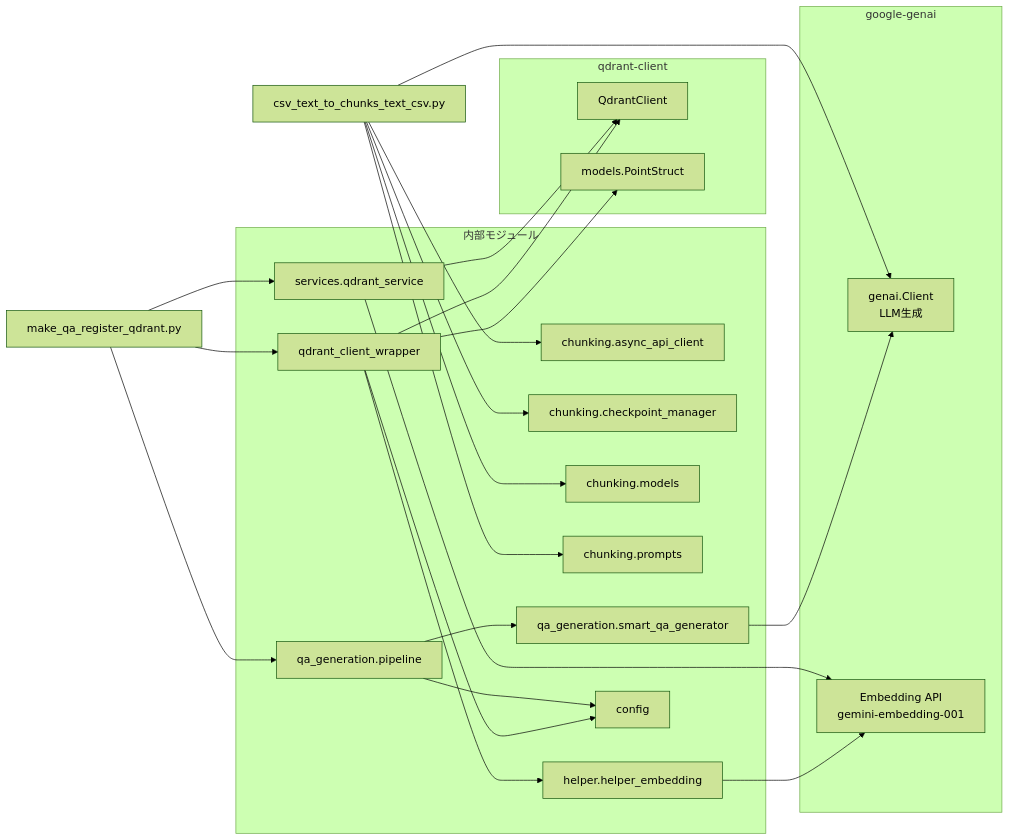
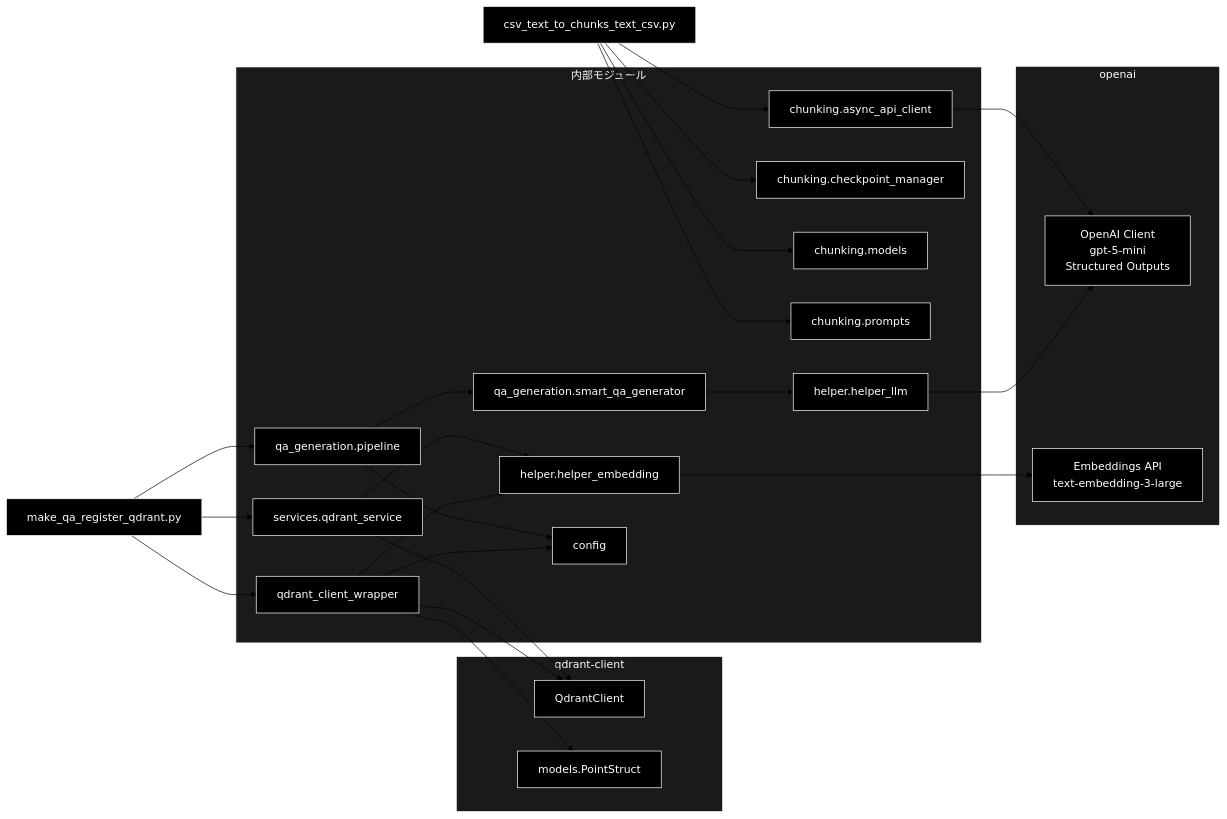
One commit to nakashima2toshio/openai_grace_agent changed the fifth of 5 diagrams in readme_rag.md. Above: the diagram before and after it, drawn with Mermaid (forest theme). The commit also changed other lines of this file and 4 other files, not shown here.

````diff
--- a/readme_rag.md
+++ b/readme_rag.md
@@ -1265,48 +1386,54 @@
 ```mermaid
 flowchart LR
     CHUNK["csv_text_to_chunks_text_csv.py"]
     MAKE_QA["make_qa_register_qdrant.py"]
 
-    subgraph GOOGLE["google-genai"]
-        GENAI_LLM[genai.Client<br/>LLM生成]
-        GENAI_EMB[Embedding API<br/>gemini-embedding-001]
+    subgraph OPENAI_LIB["openai"]
+        OPENAI_LLM["OpenAI Client<br/>gpt-5-mini<br/>Structured Outputs"]
+        OPENAI_EMB["Embeddings API<br/>text-embedding-3-large"]
     end
 
     subgraph QDRANT_LIB["qdrant-client"]
-        QC[QdrantClient]
-        QM[models.PointStruct]
+        QC["QdrantClient"]
+        QM["models.PointStruct"]
     end
 
     subgraph INTERNAL["内部モジュール"]
-        ASYNC_CLI[chunking.async_api_client]
-        CHECKPOINT[chunking.checkpoint_manager]
-        MODELS[chunking.models]
-        PROMPTS[chunking.prompts]
-        PIPELINE[qa_generation.pipeline]
-        SMART_QA[qa_generation.smart_qa_generator]
-        QDRANT_SVC[services.qdrant_service]
-        QDRANT_WRAP[qdrant_client_wrapper]
-        HELPER_EMB[helper.helper_embedding]
-        CONFIG[config]
+        ASYNC_CLI["chunking.async_api_client"]
+        CHECKPOINT["chunking.checkpoint_manager"]
+        MODELS["chunking.models"]
+        PROMPTS["chunking.prompts"]
+        PIPELINE["qa_generation.pipeline"]
+        SMART_QA["qa_generation.smart_qa_generator"]
+        QDRANT_SVC["services.qdrant_service"]
+        QDRANT_WRAP["qdrant_client_wrapper"]
+        HELPER_EMB["helper.helper_embedding"]
+        HELPER_LLM["helper.helper_llm"]
+        CONFIG["config"]
     end
 
-    CHUNK --> GENAI_LLM
-    CHUNK --> ASYNC_CLI
+    CHUNK --> ASYNC_CLI --> OPENAI_LLM
     CHUNK --> CHECKPOINT
     CHUNK --> MODELS
     CHUNK --> PROMPTS
 
     MAKE_QA --> PIPELINE
     MAKE_QA --> QDRANT_SVC
     MAKE_QA --> QDRANT_WRAP
 
-    PIPELINE --> SMART_QA --> GENAI_LLM
-    QDRANT_SVC --> GENAI_EMB
+    PIPELINE --> SMART_QA --> HELPER_LLM --> OPENAI_LLM
+    QDRANT_SVC --> HELPER_EMB --> OPENAI_EMB
     QDRANT_SVC --> QC
-    QDRANT_WRAP --> HELPER_EMB --> GENAI_EMB
+    QDRANT_WRAP --> HELPER_EMB
     QDRANT_WRAP --> QC
     QDRANT_WRAP --> QM
 
     PIPELINE --> CONFIG
     QDRANT_WRAP --> CONFIG
+classDef default fill:#000,stroke:#fff,color:#fff
+classDef subgraphStyle fill:#1a1a1a,stroke:#fff,color:#fff
+class CHUNK,MAKE_QA,OPENAI_LLM,OPENAI_EMB,QC,QM,ASYNC_CLI,CHECKPOINT,MODELS,PROMPTS,PIPELINE,SMART_QA,QDRANT_SVC,QDRANT_WRAP,HELPER_EMB,HELPER_LLM,CONFIG default
+style OPENAI_LIB fill:#1a1a1a,stroke:#fff,color:#fff
+style QDRANT_LIB fill:#1a1a1a,stroke:#fff,color:#fff
+style INTERNAL fill:#1a1a1a,stroke:#fff,color:#fff
 ```
````
